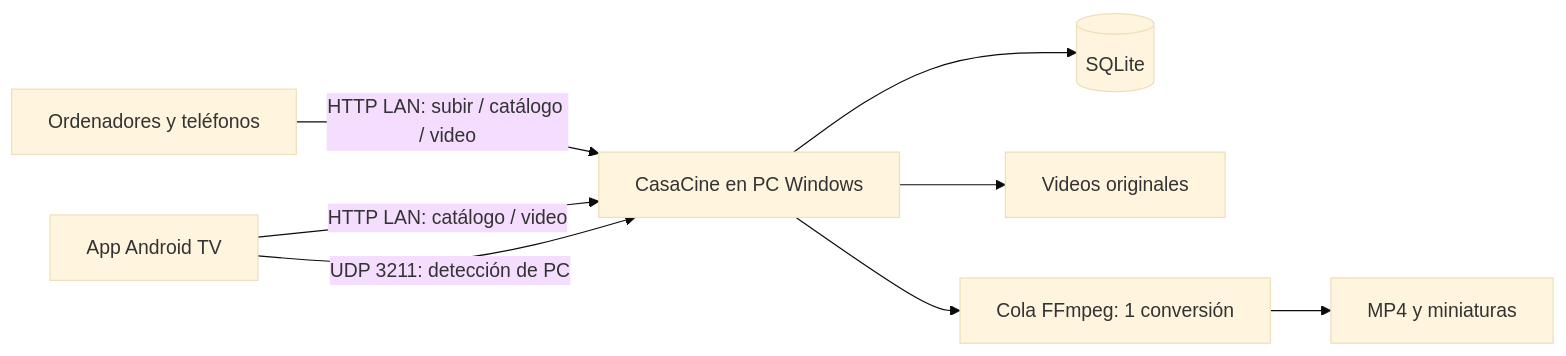
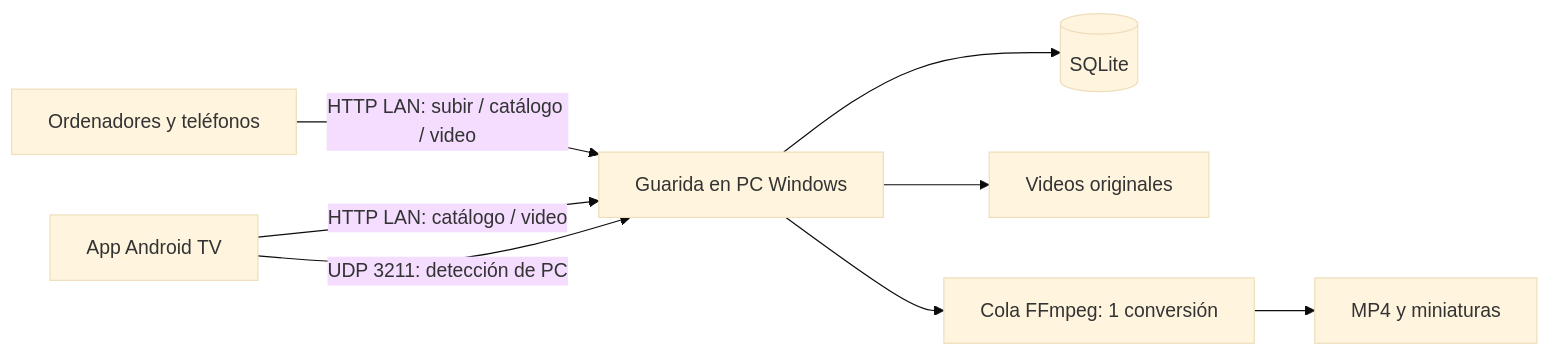
One commit to andress1014/casa-cine changed the diagram in docs/architecture.md. Above: the diagram before and after it, drawn with Mermaid (base theme). The commit also changed other lines of this file and 56 other files, not shown here.

````diff
--- a/docs/architecture.md
+++ b/docs/architecture.md
@@ -7,10 +7,10 @@
 ```mermaid
 flowchart LR
-  PC[Ordenadores y teléfonos] -->|HTTP LAN: subir / catálogo / video| Server[CasaCine en PC Windows]
+  PC[Ordenadores y teléfonos] -->|HTTP LAN: subir / catálogo / video| Server[Guarida en PC Windows]
   TV[App Android TV] -->|HTTP LAN: catálogo / video| Server
   TV -->|UDP 3211: detección de PC| Server
   Server --> DB[(SQLite)]
   Server --> Disk[Videos originales]
   Server --> Queue[Cola FFmpeg: 1 conversión]
   Queue --> Ready[MP4 y miniaturas]
 ```
````
